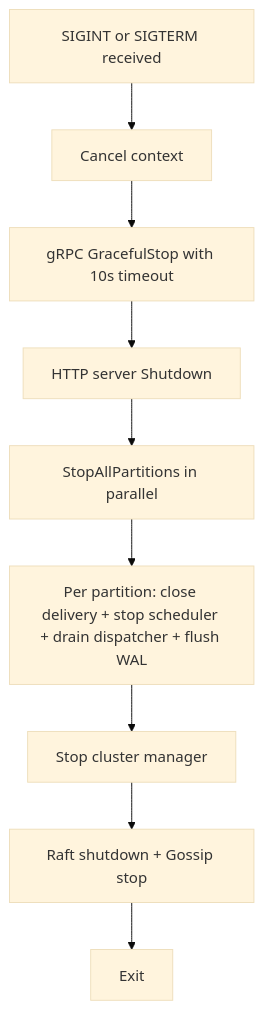
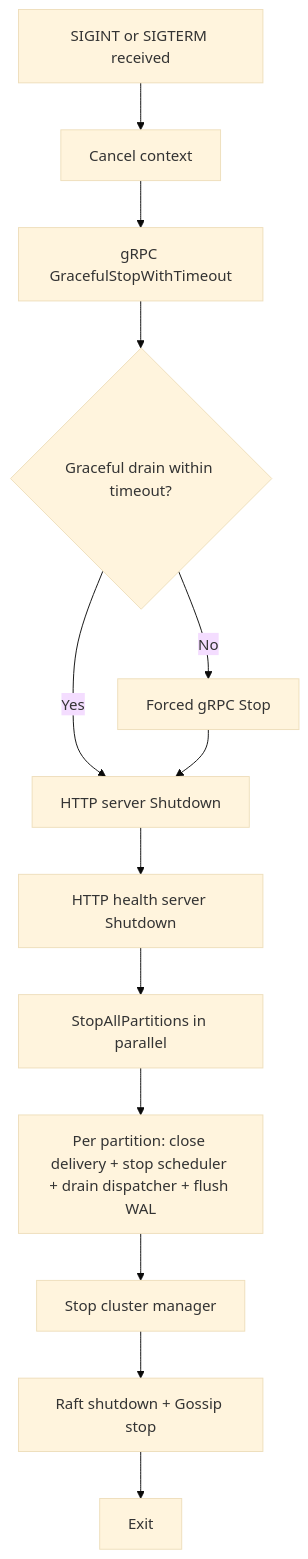
Diagram 44 of 45 in ARCHITECTURE.md (jatin711-debug/cronos_db_golang), drawn with Mermaid (base theme) before and after one commit. The commit also changed other lines of this file and 18 other files, not shown here.

Commit message:
docs: update architecture docs for WAL v2, --dev mode, security defaults, retention, CDC, and graceful gRPC

````diff
--- a/ARCHITECTURE.md
+++ b/ARCHITECTURE.md
@@ -1253,11 +1324,15 @@
 ```mermaid
 flowchart TD
     A[SIGINT or SIGTERM received] --> B[Cancel context]
-    B --> C[gRPC GracefulStop with 10s timeout]
-    C --> D[HTTP server Shutdown]
-    D --> E[StopAllPartitions in parallel]
-    E --> F[Per partition: close delivery + stop scheduler + drain dispatcher + flush WAL]
-    F --> G[Stop cluster manager]
-    G --> H[Raft shutdown + Gossip stop]
-    H --> I[Exit]
+    B --> C[gRPC GracefulStopWithTimeout]
+    C --> D{Graceful drain within timeout?}
+    D -->|Yes| E[HTTP server Shutdown]
+    D -->|No| F[Forced gRPC Stop]
+    F --> E
+    E --> G[HTTP health server Shutdown]
+    G --> H[StopAllPartitions in parallel]
+    H --> I[Per partition: close delivery + stop scheduler + drain dispatcher + flush WAL]
+    I --> J[Stop cluster manager]
+    J --> K[Raft shutdown + Gossip stop]
+    K --> L[Exit]
 ```
````
